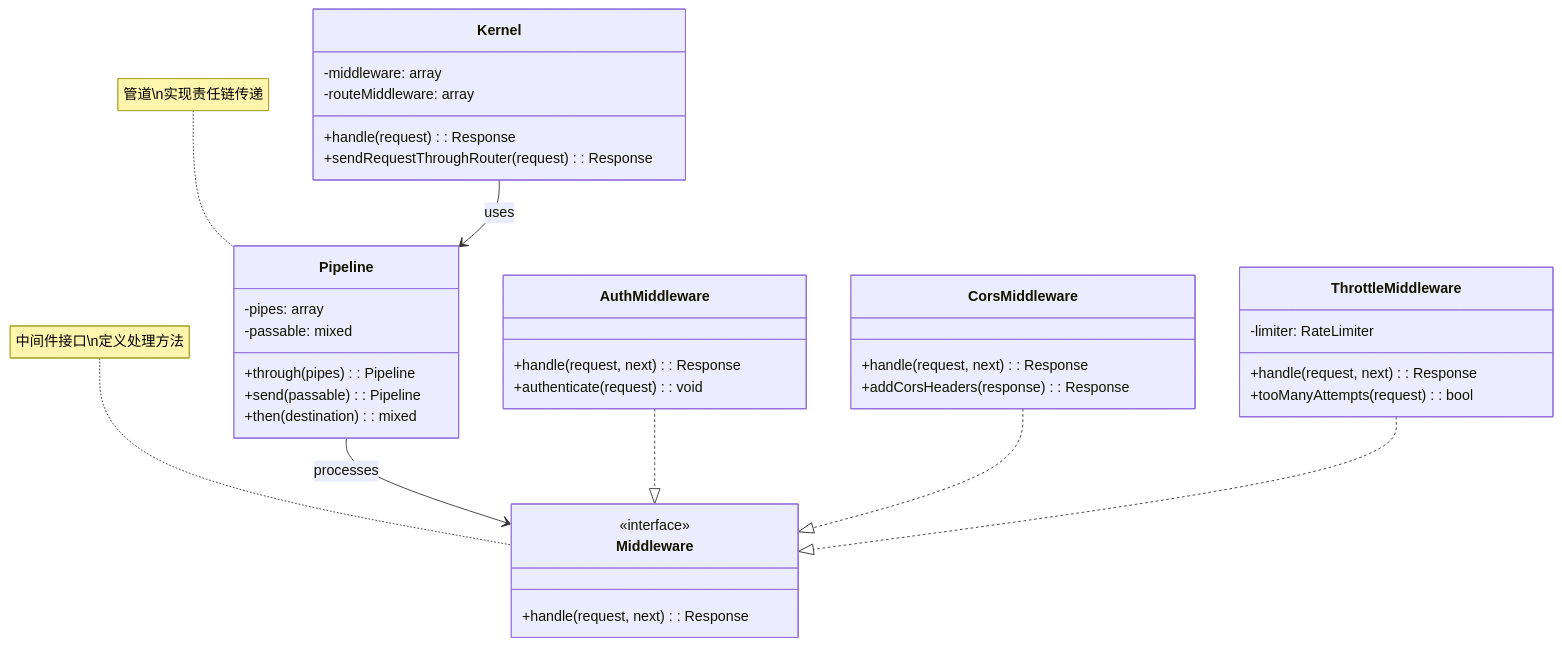
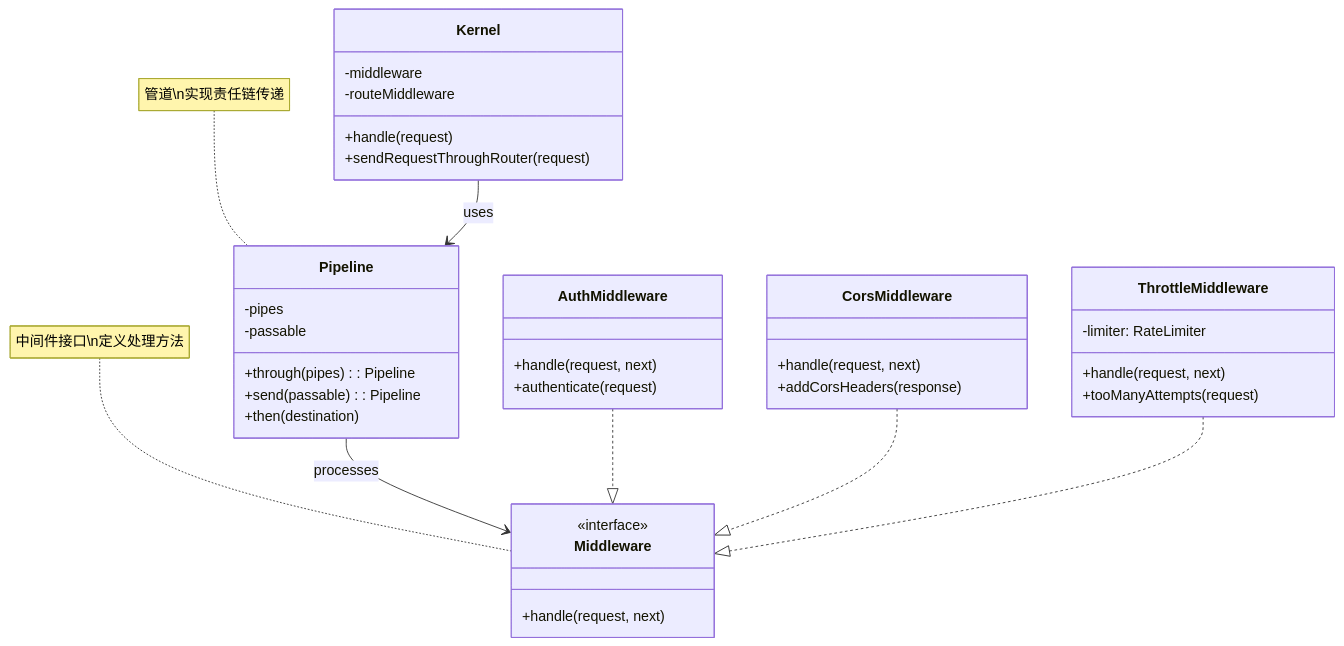
One commit to fanly/DesignPattern changed the second of 6 diagrams in resources/design-patterns/laravel/behavioral/chain_of_responsibility_zh.md. Above: the diagram before and after it, drawn with Mermaid. The commit also changed other lines of this file and 103 other files, not shown here.

````diff
--- a/resources/design-patterns/laravel/behavioral/chain_of_responsibility_zh.md
+++ b/resources/design-patterns/laravel/behavioral/chain_of_responsibility_zh.md
@@ -49,47 +49,47 @@
 ```mermaid
 classDiagram
     class Pipeline {
-        -pipes: array
-        -passable: mixed
+        -pipes
+        -passable
         +through(pipes): Pipeline
         +send(passable): Pipeline
-        +then(destination): mixed
+        +then(destination)
     }
     
     class Middleware {
         <<interface>>
-        +handle(request, next): Response
+        +handle(request, next)
     }
     
     class AuthMiddleware {
-        +handle(request, next): Response
-        +authenticate(request): void
+        +handle(request, next)
+        +authenticate(request)
     }
     
     class CorsMiddleware {
-        +handle(request, next): Response
-        +addCorsHeaders(response): Response
+        +handle(request, next)
+        +addCorsHeaders(response)
     }
     
     class ThrottleMiddleware {
         -limiter: RateLimiter
-        +handle(request, next): Response
-        +tooManyAttempts(request): bool
+        +handle(request, next)
+        +tooManyAttempts(request)
     }
     
     class Kernel {
-        -middleware: array
-        -routeMiddleware: array
-        +handle(request): Response
-        +sendRequestThroughRouter(request): Response
+        -middleware
+        -routeMiddleware
+        +handle(request)
+        +sendRequestThroughRouter(request)
     }
     
     Pipeline --> Middleware : processes
     AuthMiddleware ..|> Middleware
     CorsMiddleware ..|> Middleware
     ThrottleMiddleware ..|> Middleware
     Kernel --> Pipeline : uses
     
     note for Pipeline "管道\n实现责任链传递"
     note for Middleware "中间件接口\n定义处理方法"
 ```
````
